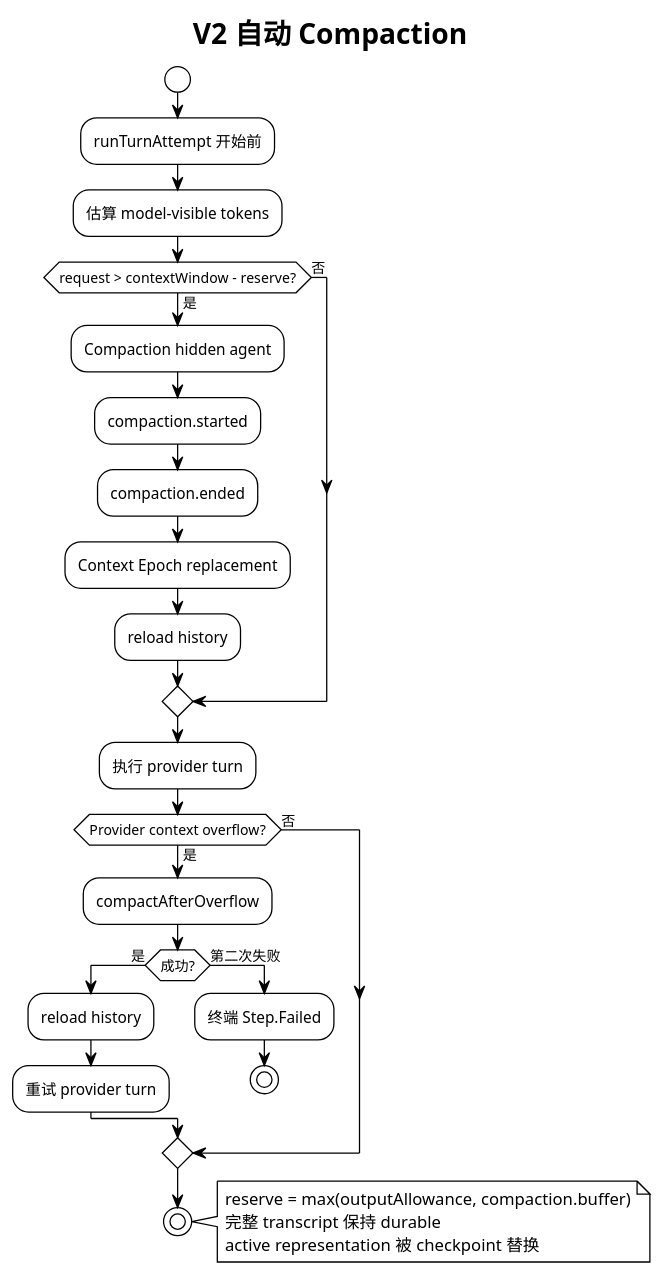
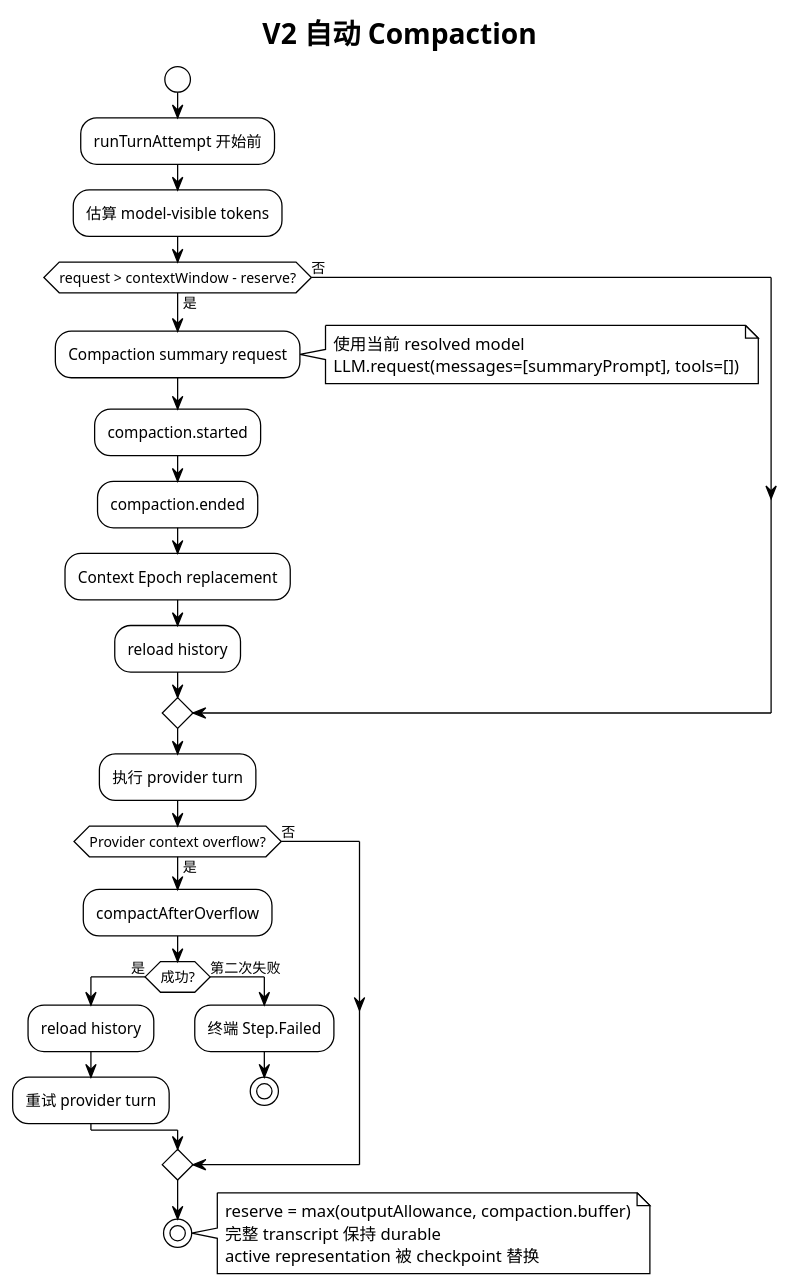
Diagram 17 of 18 in liukaining_watch/OpenCode架构图解.md (liu-kaining/opencode), drawn with PlantUML before and after one commit. The commit also changed other lines of this file and 3 other files, not shown here.

First line of the commit message:
docs(liukaining_watch): align architecture guide with current codebase

````diff
--- a/liukaining_watch/OpenCode架构图解.md
+++ b/liukaining_watch/OpenCode架构图解.md
@@ -1159,42 +1170,43 @@
 ```plantuml
 @startuml compaction-flow
 !theme plain
 title V2 自动 Compaction
 
 start
 :runTurnAttempt 开始前;
 :估算 model-visible tokens;
 
 if (request > contextWindow - reserve?) then (是)
-  :Compaction hidden agent;
+  :Compaction summary request;
+  note right: 使用当前 resolved model\nLLM.request(messages=[summaryPrompt], tools=[])
   :compaction.started;
   :compaction.ended;
   :Context Epoch replacement;
   :reload history;
 else (否)
 endif
 
 :执行 provider turn;
 
 if (Provider context overflow?) then (是)
   :compactAfterOverflow;
   if (成功?) then (是)
     :reload history;
     :重试 provider turn;
   else (第二次失败)
     :终端 Step.Failed;
     stop
   endif
 else (否)
 endif
 
 stop
 
 note right
   reserve = max(outputAllowance, compaction.buffer)
   完整 transcript 保持 durable
   active representation 被 checkpoint 替换
 end note
 
 @enduml
 ```
````
